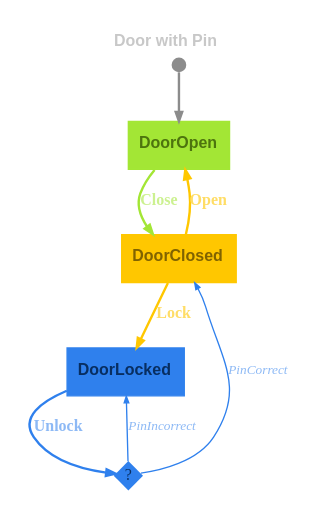
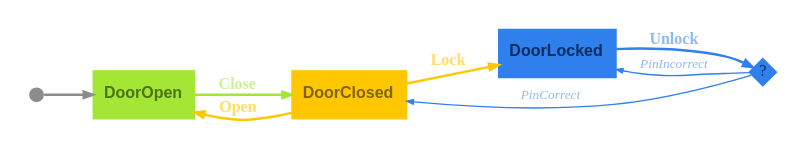
One commit to m-bock/purescript-transit changed the diagram in renders/door-pin-dark.dot. Above: the diagram before and after it, drawn with Graphviz. The commit also changed 44 other files, not shown here.

```diff
--- a/renders/door-pin-dark.dot
+++ b/renders/door-pin-dark.dot
@@ -1,16 +1,16 @@
 digraph 
 {
-rankdir = "TD";fontname = "Arial";label = <<b>Door with Pin</b>>;labelloc = "t";fontsize = 12;bgcolor = "#00000000";color = "#c8c8c8";fontcolor = "#c8c8c8";pad = 0.2
+rankdir = "TD";fontname = "Arial";labelloc = "t";fontsize = 12;bgcolor = "#00000000";color = "#c8c8c8";fontcolor = "#c8c8c8";pad = 0.2;rankdir = "LR"
 DoorOpen [shape = "box", label = <<b>DoorOpen</b>>, fontsize = 12, style = "filled", fillcolor = "#a3e635", fontcolor = "#4d740e", color = "#a3e635", fontname = "Arial", labelloc = "c", penwidth = 1.0]
 __Start__ [shape = "circle", label = "", width = 0.15, height = 0.15, fixedsize = true, style = "filled", fillcolor = "#8c8c8c", penwidth = 0.0]
 __Start__ -> DoorOpen [color = "#8c8c8c", fontsize = 12, arrowsize = "0.7", penwidth = 1.8]
 DoorOpen -> DoorClosed [color = "#a3e635", fontcolor = "#ccf190", fontsize = 12, arrowsize = "0.7", label = <<b>Close</b>>, penwidth = 1.8]
 DoorClosed [shape = "box", label = <<b>DoorClosed</b>>, fontsize = 12, style = "filled", fillcolor = "#ffc700", fontcolor = "#806300", color = "#ffc700", fontname = "Arial", labelloc = "c", penwidth = 1.0]
 DoorClosed -> DoorOpen [color = "#ffc700", fontcolor = "#ffdd66", fontsize = 12, arrowsize = "0.7", label = <<b>Open</b>>, penwidth = 1.8]
 DoorClosed -> DoorLocked [color = "#ffc700", fontcolor = "#ffdd66", fontsize = 12, arrowsize = "0.7", label = <<b>Lock</b>>, penwidth = 1.8]
 DoorLocked [shape = "box", label = <<b>DoorLocked</b>>, fontsize = 12, style = "filled", fillcolor = "#2f80ed", fontcolor = "#082e61", color = "#2f80ed", fontname = "Arial", labelloc = "c", penwidth = 1.0]
 decision_DoorLocked_Unlock [shape = "diamond", label = "?", fontsize = 12, fontcolor = "#082e61", style = "filled", fillcolor = "#2f80ed", penwidth = 0.0, fixedsize = true, width = 0.3, height = 0.3]
 DoorLocked -> decision_DoorLocked_Unlock [color = "#2f80ed", fontcolor = "#8db9f5", fontsize = 12, arrowsize = "0.7", label = <<b>Unlock</b>>, penwidth = 1.8]
 decision_DoorLocked_Unlock -> DoorLocked [color = "#2f80ed", fontcolor = "#8db9f5", fontsize = 10, arrowsize = "0.5", label = <<i>PinIncorrect</i>>, penwidth = 1.0]
 decision_DoorLocked_Unlock -> DoorClosed [color = "#2f80ed", fontcolor = "#8db9f5", fontsize = 10, arrowsize = "0.5", label = <<i>PinCorrect</i>>, penwidth = 1.0]
 }
```
